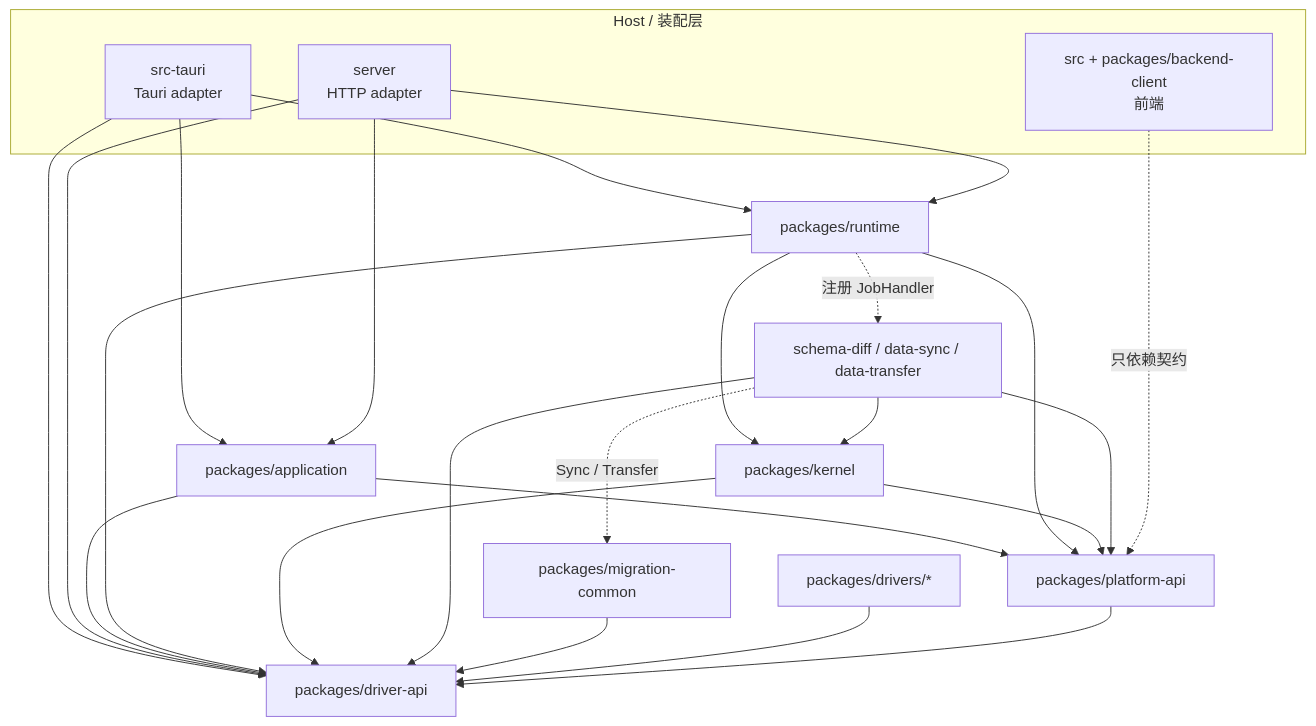
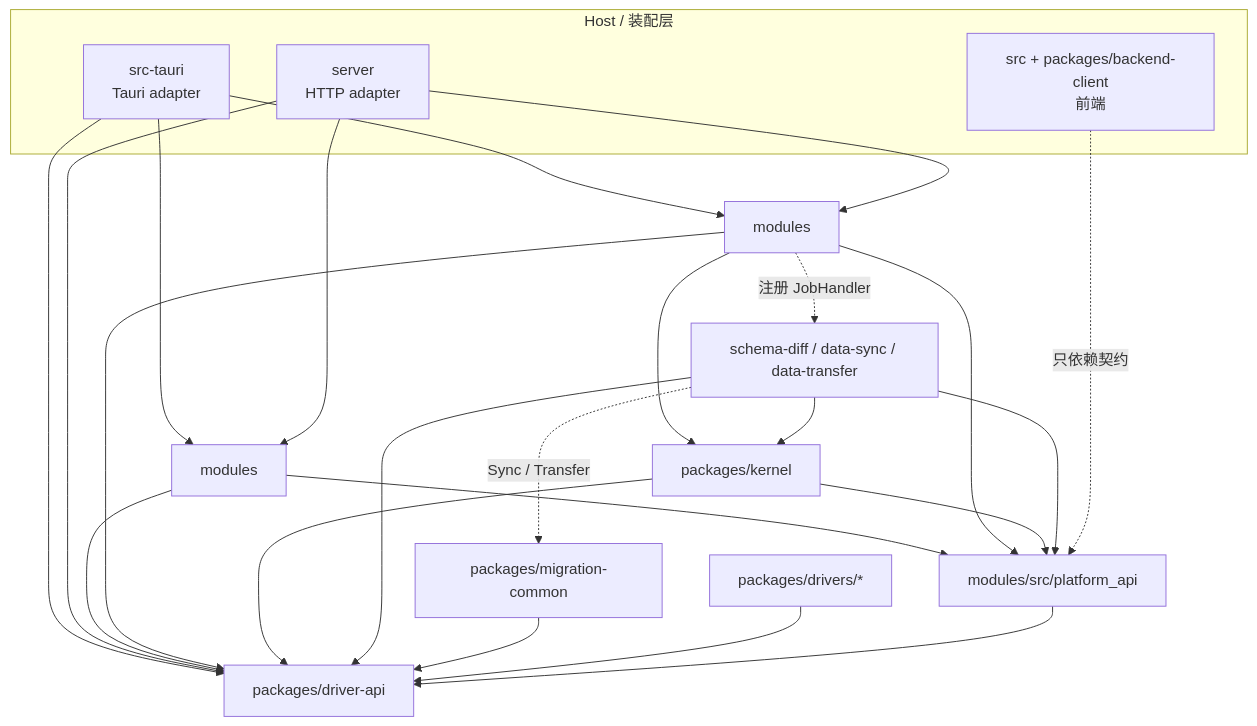
Before and after one commit to flyxl/datazen: the first of 4 diagrams in docs/architecture/platform/shared-boundaries-and-ports.md, drawn with Mermaid. The commit also changed other lines of this file and 547 other files, not shown here.

````diff
--- a/docs/architecture/platform/shared-boundaries-and-ports.md
+++ b/docs/architecture/platform/shared-boundaries-and-ports.md
@@ -119,39 +119,39 @@
 ```mermaid
 flowchart TD
     subgraph host[Host / 装配层]
         TA[src-tauri<br/>Tauri adapter]
         SRV[server<br/>HTTP adapter]
         FE[src + packages/backend-client<br/>前端]
     end
-    APP[packages/application]
-    RT[packages/runtime]
+    APP[modules]
+    RT[modules]
     KER[packages/kernel]
-    PA[packages/platform-api]
+    PA[modules/src/platform_api]
     DAPI[packages/driver-api]
     DOM[schema-diff / data-sync / data-transfer]
     MC[packages/migration-common]
     DRV[packages/drivers/*]
 
     TA --> APP
     TA --> RT
     TA --> DAPI
     SRV --> APP
     SRV --> RT
     SRV --> DAPI
     APP --> PA
     APP --> DAPI
     RT --> PA
     RT --> DAPI
     RT --> KER
     KER --> PA
     KER --> DAPI
     DOM --> KER
     RT -.注册 JobHandler.-> DOM
     DOM --> PA
     DOM --> DAPI
     DOM -.Sync / Transfer.-> MC
     MC --> DAPI
     DRV --> DAPI
     PA --> DAPI
     FE -.只依赖契约.-> PA
 ```
````
